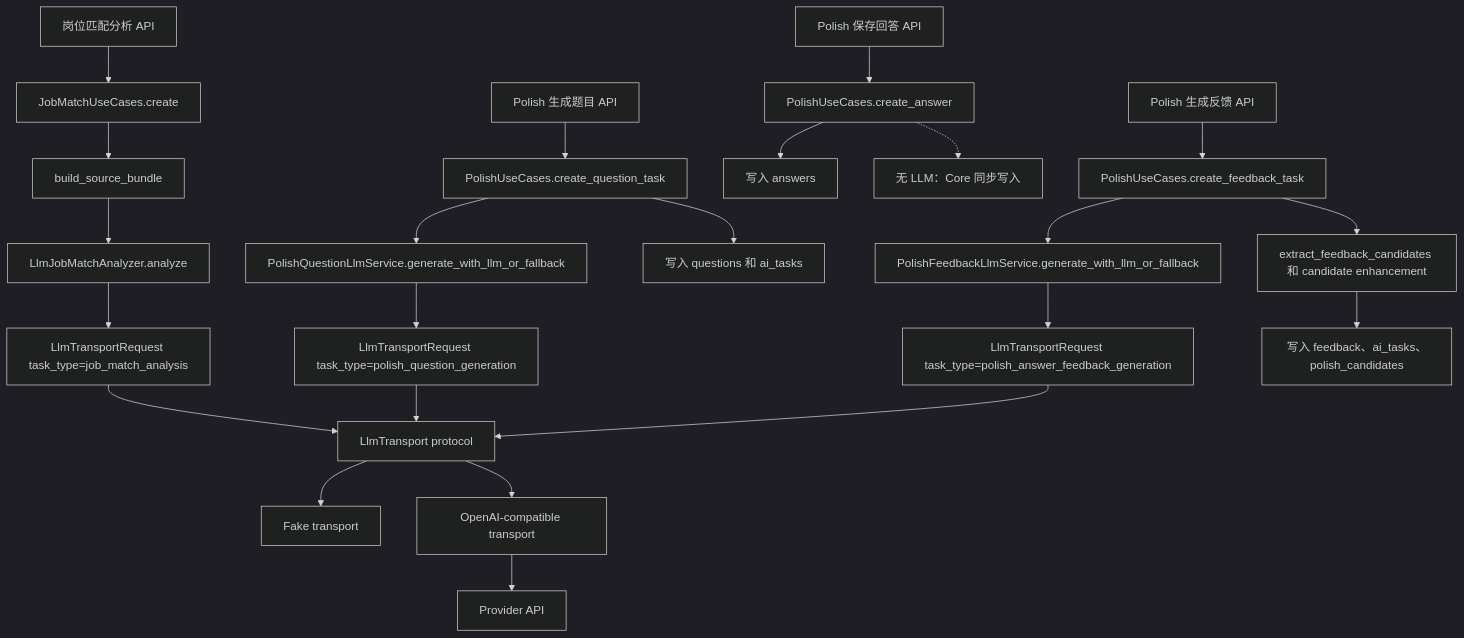
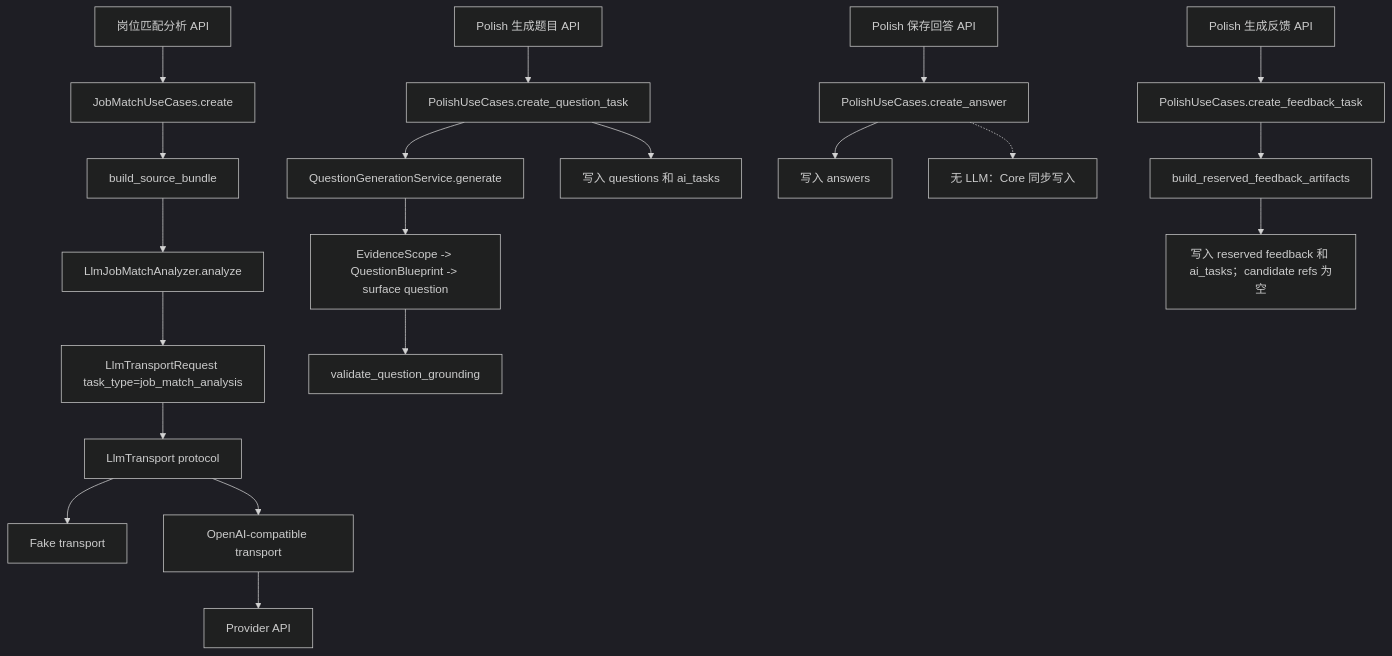
One commit to linxiecoder/AiForInterviewer changed the second of 11 diagrams in docs/03-delivery/refactor-multiagent-langgraph-implementation/01_ARCHITECTURE_ASIS_TOBE.md. Above: the diagram before and after it, drawn with Mermaid (dark theme). The commit also changed other lines of this file and 45 other files, not shown here.

Commit message:
refactor(polish): replace legacy question and feedback generation chains

````diff
--- a/docs/03-delivery/refactor-multiagent-langgraph-implementation/01_ARCHITECTURE_ASIS_TOBE.md
+++ b/docs/03-delivery/refactor-multiagent-langgraph-implementation/01_ARCHITECTURE_ASIS_TOBE.md
@@ -96,29 +94,26 @@
 ```mermaid
 flowchart TB
   JobApi["岗位匹配分析 API"] --> JobUc["JobMatchUseCases.create"]
   JobUc --> SourceBundle["build_source_bundle"]
   SourceBundle --> Analyzer["LlmJobMatchAnalyzer.analyze"]
   Analyzer --> JobReq["LlmTransportRequest task_type=job_match_analysis"]
 
   QuestionApi["Polish 生成题目 API"] --> PolishQuestionUc["PolishUseCases.create_question_task"]
-  PolishQuestionUc --> QuestionSvc["PolishQuestionLlmService.generate_with_llm_or_fallback"]
-  QuestionSvc --> QuestionReq["LlmTransportRequest task_type=polish_question_generation"]
+  PolishQuestionUc --> QuestionSvc["QuestionGenerationService.generate"]
+  QuestionSvc --> QuestionBlueprint["EvidenceScope -> QuestionBlueprint -> surface question"]
+  QuestionBlueprint --> QuestionGrounding["validate_question_grounding"]
   PolishQuestionUc --> QuestionWrite["写入 questions 和 ai_tasks"]
 
   AnswerApi["Polish 保存回答 API"] --> AnswerSave["PolishUseCases.create_answer"]
   AnswerSave --> AnswerWrite["写入 answers"]
   AnswerSave -.-> NoLlm["无 LLM：Core 同步写入"]
 
   FeedbackApi["Polish 生成反馈 API"] --> PolishFeedbackUc["PolishUseCases.create_feedback_task"]
-  PolishFeedbackUc --> FeedbackSvc["PolishFeedbackLlmService.generate_with_llm_or_fallback"]
-  FeedbackSvc --> FeedbackReq["LlmTransportRequest task_type=polish_answer_feedback_generation"]
-  PolishFeedbackUc --> CandidateExtract["extract_feedback_candidates 和 candidate enhancement"]
-  CandidateExtract --> FeedbackWrite["写入 feedback、ai_tasks、polish_candidates"]
+  PolishFeedbackUc --> FeedbackReserved["build_reserved_feedback_artifacts"]
+  FeedbackReserved --> FeedbackWrite["写入 reserved feedback 和 ai_tasks；candidate refs 为空"]
 
   JobReq --> Transport["LlmTransport protocol"]
-  QuestionReq --> Transport
-  FeedbackReq --> Transport
   Transport --> Fake["Fake transport"]
   Transport --> OpenAi["OpenAI-compatible transport"]
   OpenAi --> Provider["Provider API"]
 ```
````
